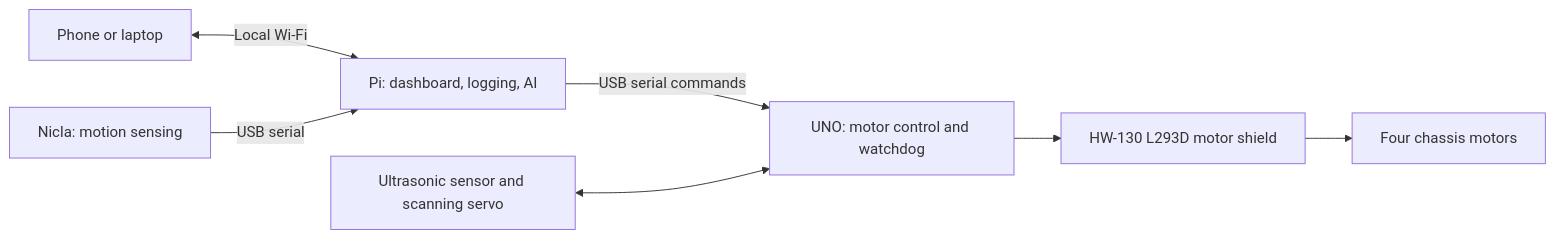
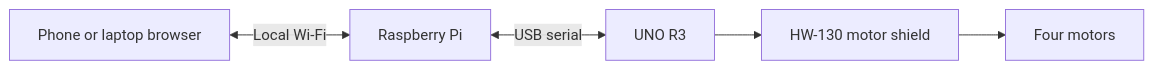
The diagram in README.md (SoheilSamadi-dev/RobotCar-EdgeAI), drawn with Mermaid before and after one commit. The commit also changed other lines of this file and 18 other files, not shown here.

````diff
--- a/README.md
+++ b/README.md
@@ -35,9 +34,7 @@
 ```mermaid
 flowchart LR
-    C[Phone or laptop] <-->|Local Wi-Fi| P[Pi: dashboard, logging, AI]
-    N[Nicla: motion sensing] -->|USB serial| P
-    P -->|USB serial commands| U[UNO: motor control and watchdog]
-    S[Ultrasonic sensor and scanning servo] <--> U
-    U --> D[HW-130 L293D motor shield]
-    D --> M[Four chassis motors]
+    B[Phone or laptop browser] <-->|Local Wi-Fi| P[Raspberry Pi]
+    P <-->|USB serial| U[UNO R3]
+    U --> S[HW-130 motor shield]
+    S --> M[Four motors]
 ```
````
